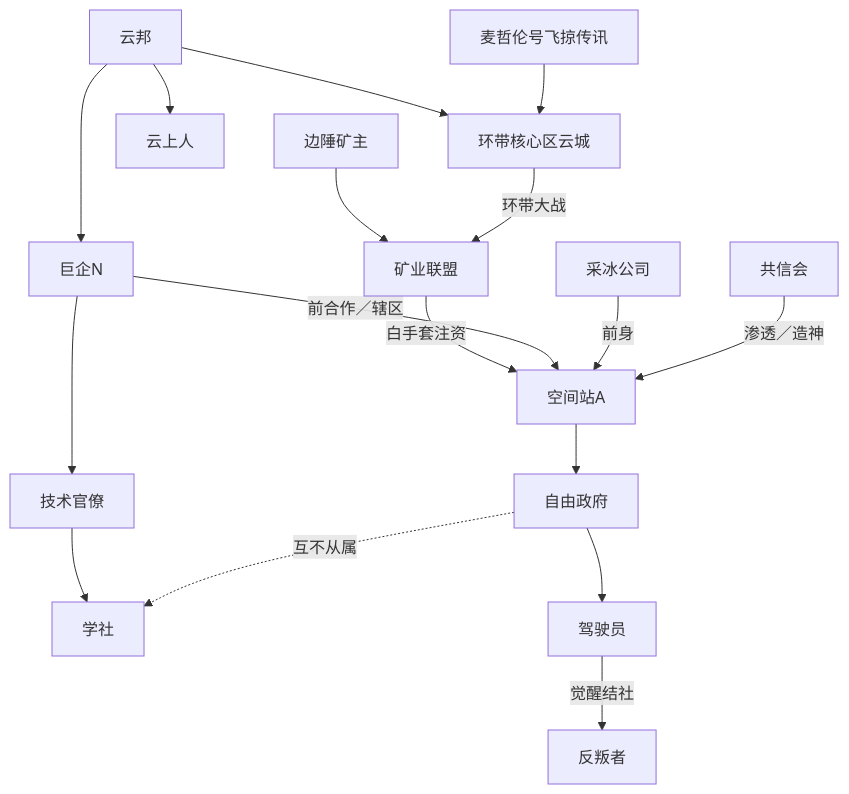
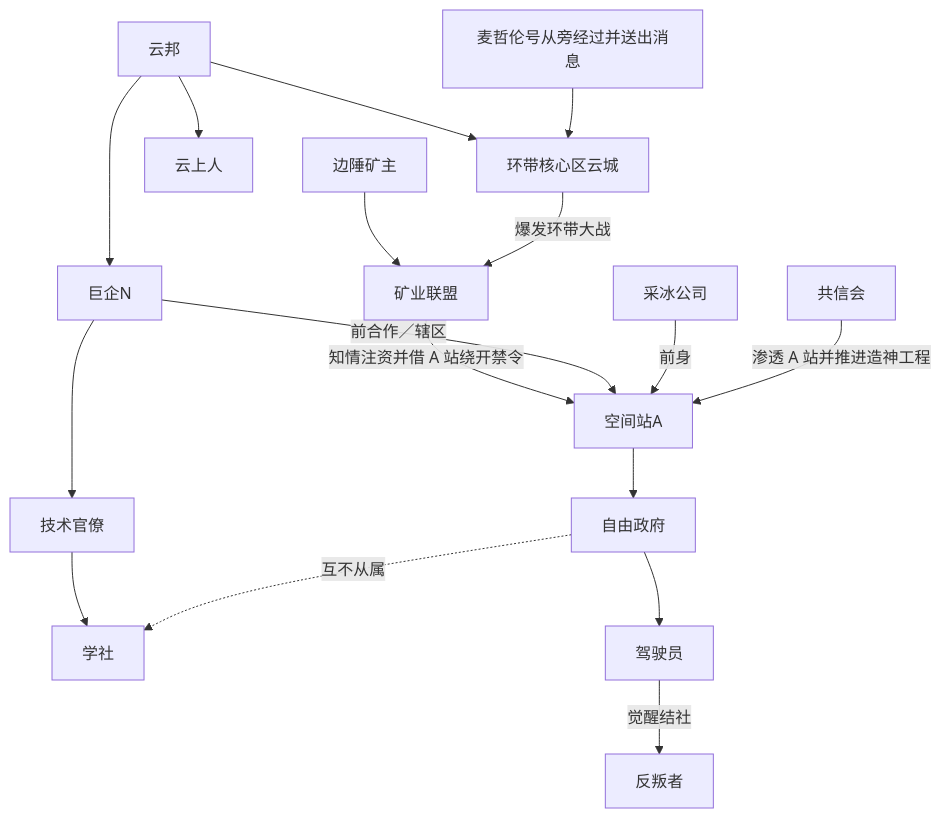
One commit to Estrella6066773/WorldCreate changed the third of 12 diagrams in 实体与关系网.md. Above: the diagram before and after it, drawn with Mermaid. The commit also changed other lines of this file and 35 other files, not shown here.

````diff
--- a/实体与关系网.md
+++ b/实体与关系网.md
@@ -295,19 +295,19 @@
 ```mermaid
 flowchart TD
   ORBIS[云邦] --> CORE[环带核心区云城]
-  MAG[麦哲伦号飞掠传讯] --> CORE
+  MAG[麦哲伦号从旁经过并送出消息] --> CORE
   ORBIS --> CT[云上人]
   ORBIS --> CORP[巨企N]
   MINERS[边陲矿主] --> LEAGUE[矿业联盟]
-  CORE -->|环带大战| LEAGUE
-  LEAGUE -->|白手套注资| ASTA[空间站A]
+  CORE -->|爆发环带大战| LEAGUE
+  LEAGUE -->|知情注资并借 A 站绕开禁令| ASTA[空间站A]
   CORP -->|前合作／辖区| ASTA
   ICE[采冰公司] -->|前身| ASTA
   ASTA --> GOV[自由政府]
   CORP --> TECH[技术官僚]
   TECH --> COL[学社]
   GOV -.->|互不从属| COL
-  FID[共信会] -->|渗透／造神| ASTA
+  FID[共信会] -->|渗透 A 站并推进造神工程| ASTA
   GOV --> PILOT[驾驶员]
   PILOT -->|觉醒结社| REBEL[反叛者]
 ```
````
